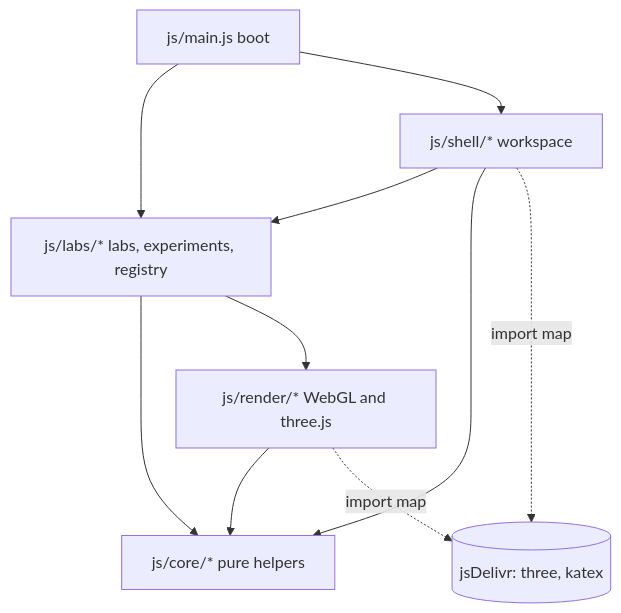
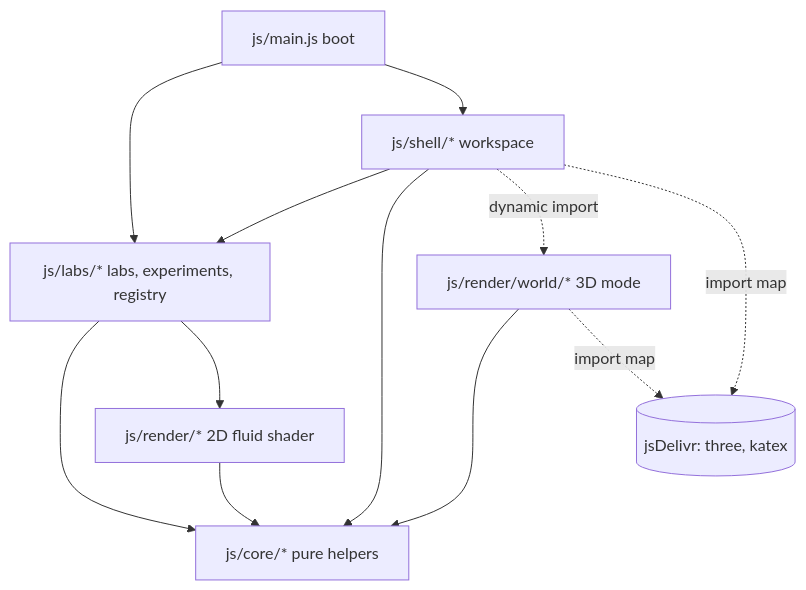
One commit to dnoice/physics-playground changed the first of 2 diagrams in ARCHITECTURE.md. Above: the diagram before and after it, drawn with Mermaid. The commit also changed other lines of this file and 54 other files, not shown here.

````diff
--- a/ARCHITECTURE.md
+++ b/ARCHITECTURE.md
@@ -61,12 +67,14 @@
 ```mermaid
 flowchart TB
   main[js/main.js boot] --> labs[js/labs/* labs, experiments, registry]
   main --> shell[js/shell/* workspace]
   shell --> labs
   labs --> core[js/core/* pure helpers]
   shell --> core
-  labs --> render[js/render/* WebGL and three.js]
+  labs --> render[js/render/* 2D fluid shader]
+  shell -. dynamic import .-> world[js/render/world/* 3D mode]
+  world --> core
   render --> core
   shell -. import map .-> cdn[(jsDelivr: three, katex)]
-  render -. import map .-> cdn
+  world -. import map .-> cdn
 ```
````
